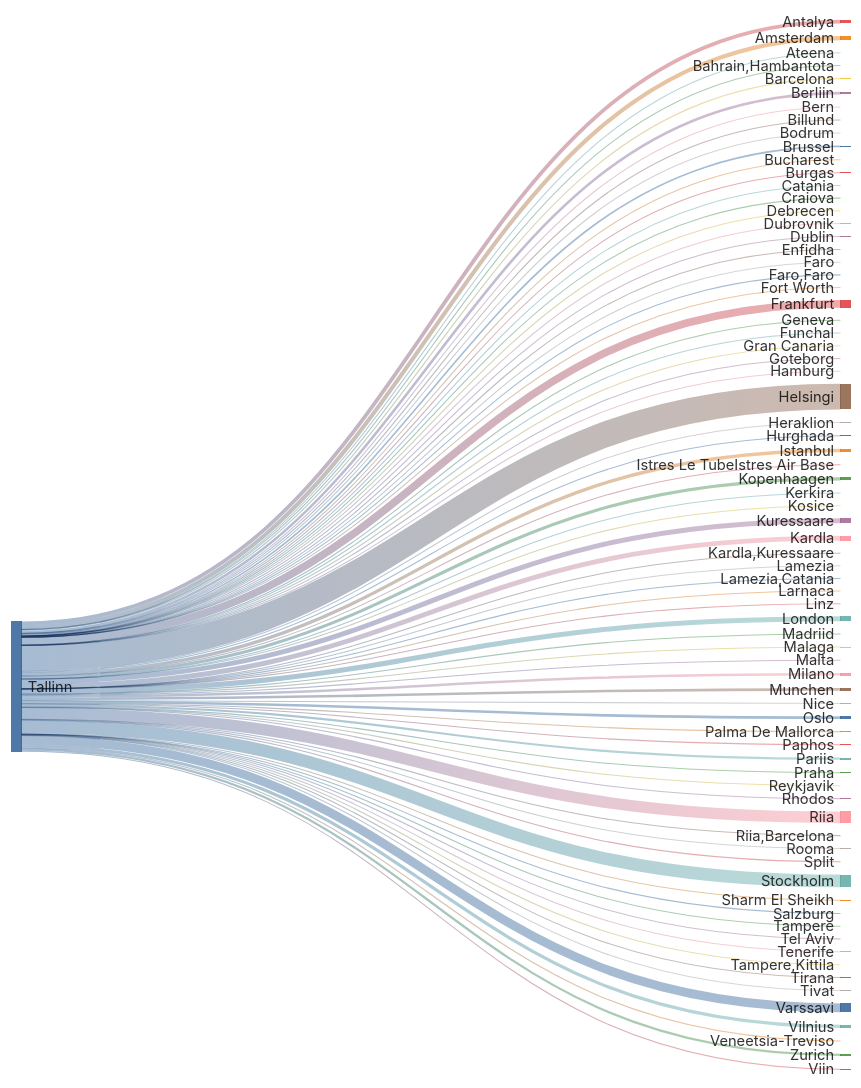
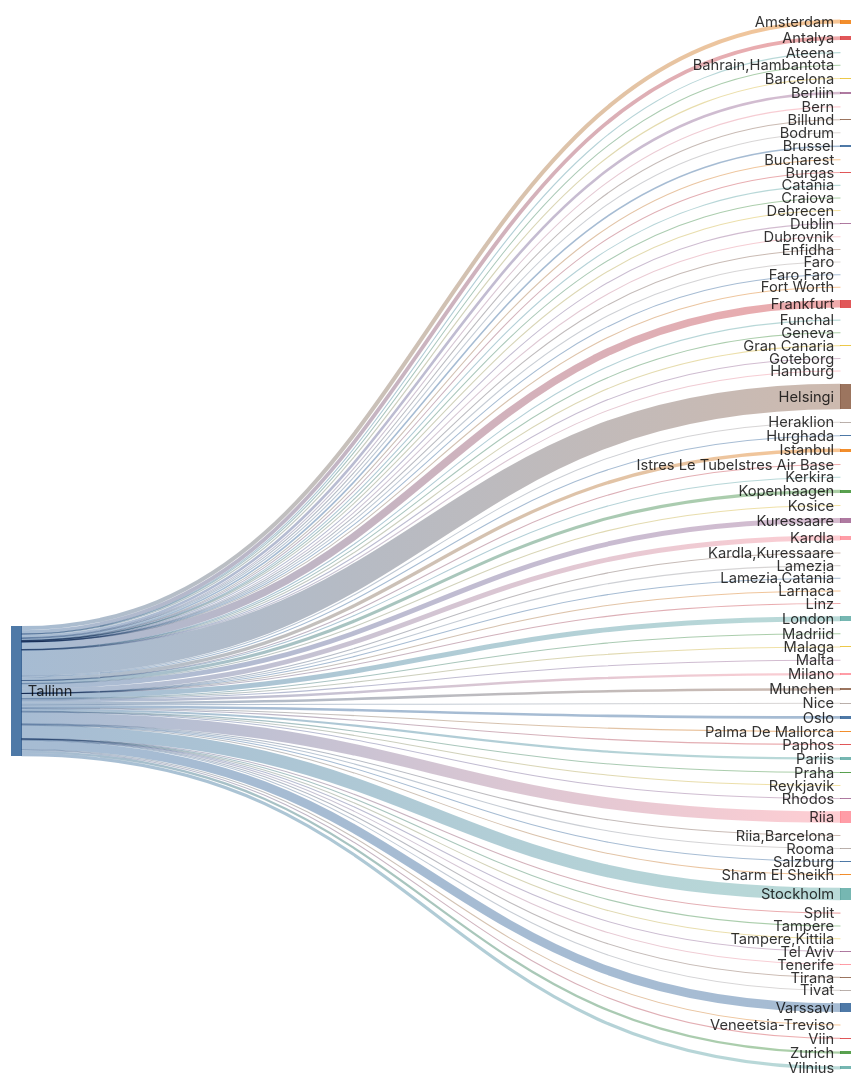
One commit to rainermesi/tll-airport-departures changed the second of 2 diagrams in README.md. Above: the diagram before and after it, drawn with Mermaid. The commit also changed other lines of this file and 1 other file, not shown here.

````diff
--- a/README.md
+++ b/README.md
@@ -41,80 +41,80 @@
 ---
 sankey-beta
 %% source,target,value
-Tallinn,Amsterdam,439
+Tallinn,Amsterdam,441
 Tallinn,Antalya,406
 Tallinn,Ateena,16
 Tallinn,"Bahrain,Hambantota",1
 Tallinn,Barcelona,123
-Tallinn,Berliin,280
+Tallinn,Berliin,282
 Tallinn,Bern,1
 Tallinn,Billund,71
 Tallinn,Bodrum,11
-Tallinn,Brussel,174
+Tallinn,Brussel,175
 Tallinn,Bucharest,1
 Tallinn,Burgas,50
 Tallinn,Catania,2
 Tallinn,Craiova,1
 Tallinn,Debrecen,1
-Tallinn,Dublin,88
+Tallinn,Dublin,89
 Tallinn,Dubrovnik,21
 Tallinn,Enfidha,7
 Tallinn,Faro,4
 Tallinn,"Faro,Faro",1
 Tallinn,Fort Worth,1
-Tallinn,Frankfurt,813
+Tallinn,Frankfurt,816
 Tallinn,Funchal,5
 Tallinn,Geneva,13
 Tallinn,Gran Canaria,38
 Tallinn,Goteborg,2
 Tallinn,Hamburg,2
-Tallinn,Helsingi,2755
-Tallinn,Heraklion,87
+Tallinn,Helsingi,2764
+Tallinn,Heraklion,88
 Tallinn,Hurghada,75
-Tallinn,Istanbul,360
+Tallinn,Istanbul,361
 Tallinn,Istres Le TubeIstres Air Base,2
 Tallinn,Kerkira,4
-Tallinn,Kopenhaagen,328
+Tallinn,Kopenhaagen,329
 Tallinn,Kosice,1
-Tallinn,Kuressaare,523
-Tallinn,Kardla,524
+Tallinn,Kuressaare,524
+Tallinn,Kardla,526
 Tallinn,"Kardla,Kuressaare",1
 Tallinn,Lamezia,1
 Tallinn,"Lamezia,Catania",3
 Tallinn,Larnaca,4
 Tallinn,Linz,2
-Tallinn,London,543
+Tallinn,London,545
 Tallinn,Madriid,2
 Tallinn,Malaga,110
 Tallinn,Malta,26
-Tallinn,Milano,265
-Tallinn,Munchen,272
-Tallinn,Nice,45
-Tallinn,Oslo,280
+Tallinn,Milano,266
+Tallinn,Munchen,274
+Tallinn,Nice,46
+Tallinn,Oslo,282
 Tallinn,Palma De Mallorca,30
 Tallinn,Paphos,66
-Tallinn,Pariis,235
-Tallinn,Praha,76
+Tallinn,Pariis,236
+Tallinn,Praha,77
 Tallinn,Reykjavik,14
 Tallinn,Rhodos,53
-Tallinn,Riia,1236
+Tallinn,Riia,1240
 Tallinn,"Riia,Barcelona",1
 Tallinn,Rooma,80
 Tallinn,Salzburg,14
 Tallinn,Sharm El Sheikh,100
-Tallinn,Split,46
-Tallinn,Stockholm,1358
+Tallinn,Split,47
+Tallinn,Stockholm,1362
 Tallinn,Tampere,17
 Tallinn,"Tampere,Kittila",21
 Tallinn,Tel Aviv,2
 Tallinn,Tenerife,58
 Tallinn,Tirana,27
-Tallinn,Tivat,56
-Tallinn,Varssavi,949
+Tallinn,Tivat,57
+Tallinn,Varssavi,953
 Tallinn,Veneetsia-Treviso,67
 Tallinn,Viin,106
-Tallinn,Vilnius,341
-Tallinn,Zurich,241
+Tallinn,Vilnius,342
+Tallinn,Zurich,242
 
 
 ```
````
